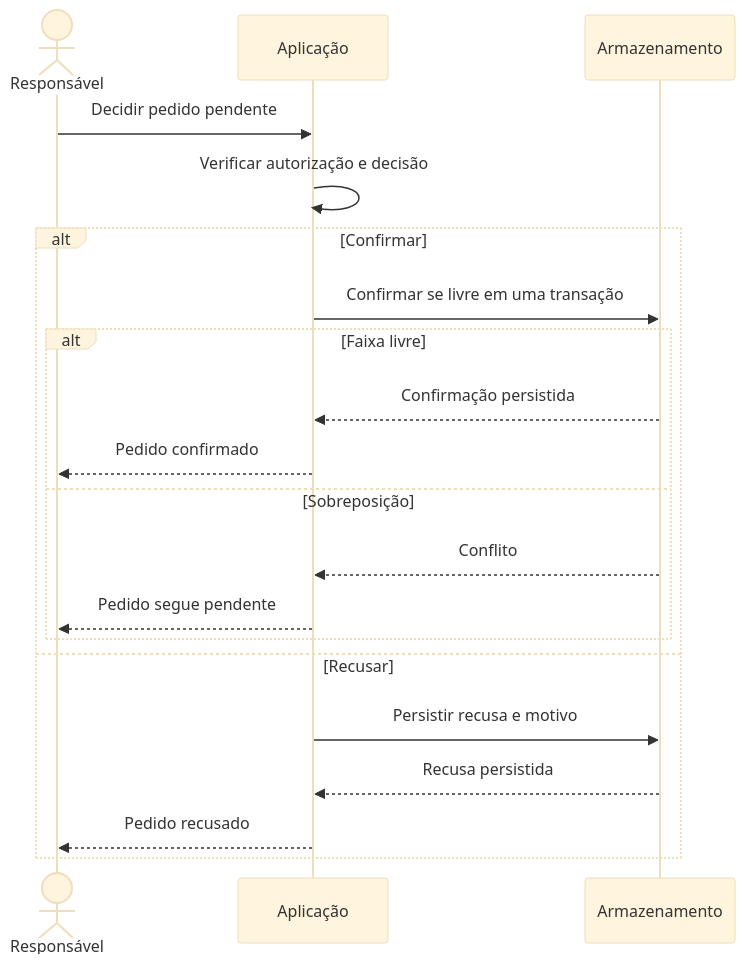
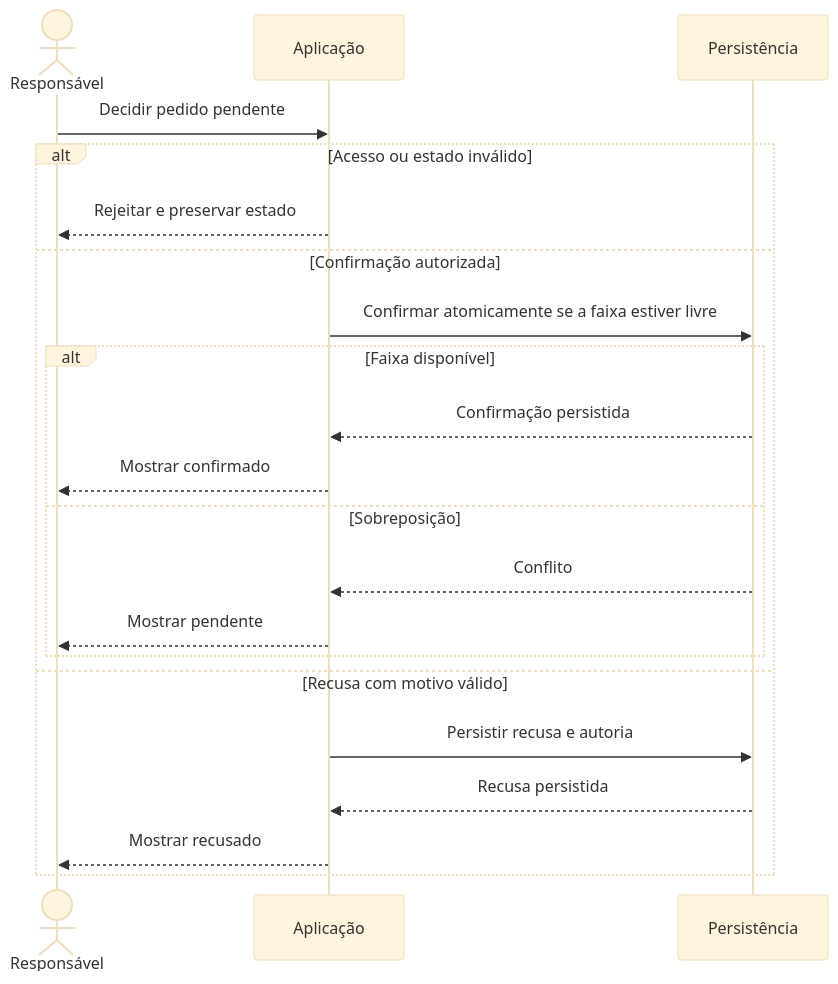
One commit to PHnsilva/base-de-projetos changed the sixth of 10 diagrams in exemplos/reservas-de-recursos/diagramas.md. Above: the diagram before and after it, drawn with Mermaid (base theme). The commit also changed other lines of this file and 23 other files, not shown here.

````diff
--- a/exemplos/reservas-de-recursos/diagramas.md
+++ b/exemplos/reservas-de-recursos/diagramas.md
@@ -18,22 +65,23 @@
 ```mermaid
 sequenceDiagram
     actor R as Responsável
     participant A as Aplicação
-    participant D as Armazenamento
+    participant D as Persistência
     R->>A: Decidir pedido pendente
-    A->>A: Verificar autorização e decisão
-    alt Confirmar
-        A->>D: Confirmar se livre em uma transação
-        alt Faixa livre
+    alt Acesso ou estado inválido
+        A-->>R: Rejeitar e preservar estado
+    else Confirmação autorizada
+        A->>D: Confirmar atomicamente se a faixa estiver livre
+        alt Faixa disponível
             D-->>A: Confirmação persistida
-            A-->>R: Pedido confirmado
+            A-->>R: Mostrar confirmado
         else Sobreposição
             D-->>A: Conflito
-            A-->>R: Pedido segue pendente
+            A-->>R: Mostrar pendente
         end
-    else Recusar
-        A->>D: Persistir recusa e motivo
+    else Recusa com motivo válido
+        A->>D: Persistir recusa e autoria
         D-->>A: Recusa persistida
-        A-->>R: Pedido recusado
+        A-->>R: Mostrar recusado
     end
 ```
````
